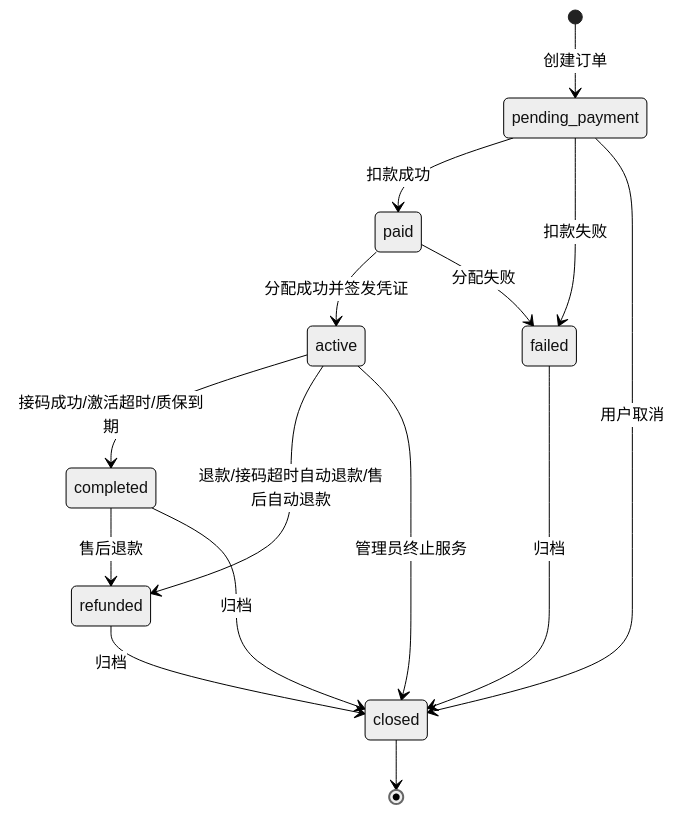
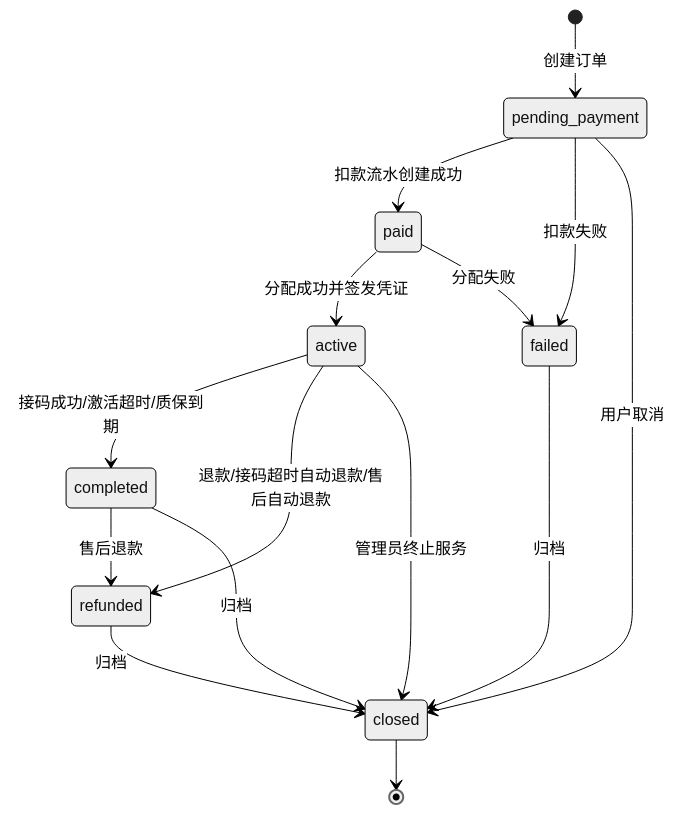
One commit to donnel666/remail changed the diagram in docs/3-trade-fulfillment.md. Above: the diagram before and after it, drawn with Mermaid (neutral theme). The commit also changed other lines of this file and 36 other files, not shown here.

````diff
--- a/docs/3-trade-fulfillment.md
+++ b/docs/3-trade-fulfillment.md
@@ -67,17 +68,17 @@
 ```mermaid
 stateDiagram-v2
     [*] --> pending_payment: 创建订单
-    pending_payment --> paid: 扣款成功
+    pending_payment --> paid: 扣款流水创建成功
     pending_payment --> failed: 扣款失败
     pending_payment --> closed: 用户取消
     paid --> active: 分配成功并签发凭证
     paid --> failed: 分配失败
     active --> completed: 接码成功/激活超时/质保到期
     active --> refunded: 退款/接码超时自动退款/售后自动退款
     active --> closed: 管理员终止服务
     completed --> refunded: 售后退款
     completed --> closed: 归档
     refunded --> closed: 归档
     failed --> closed: 归档
     closed --> [*]
 ```
````
